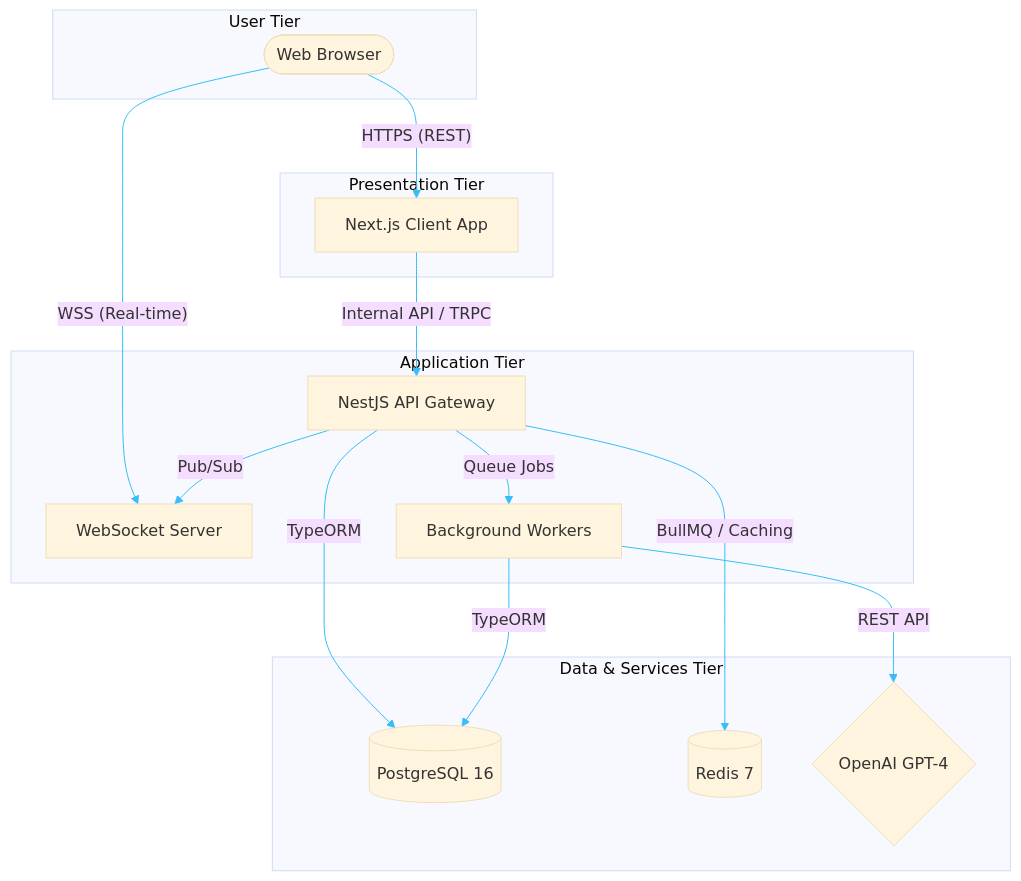
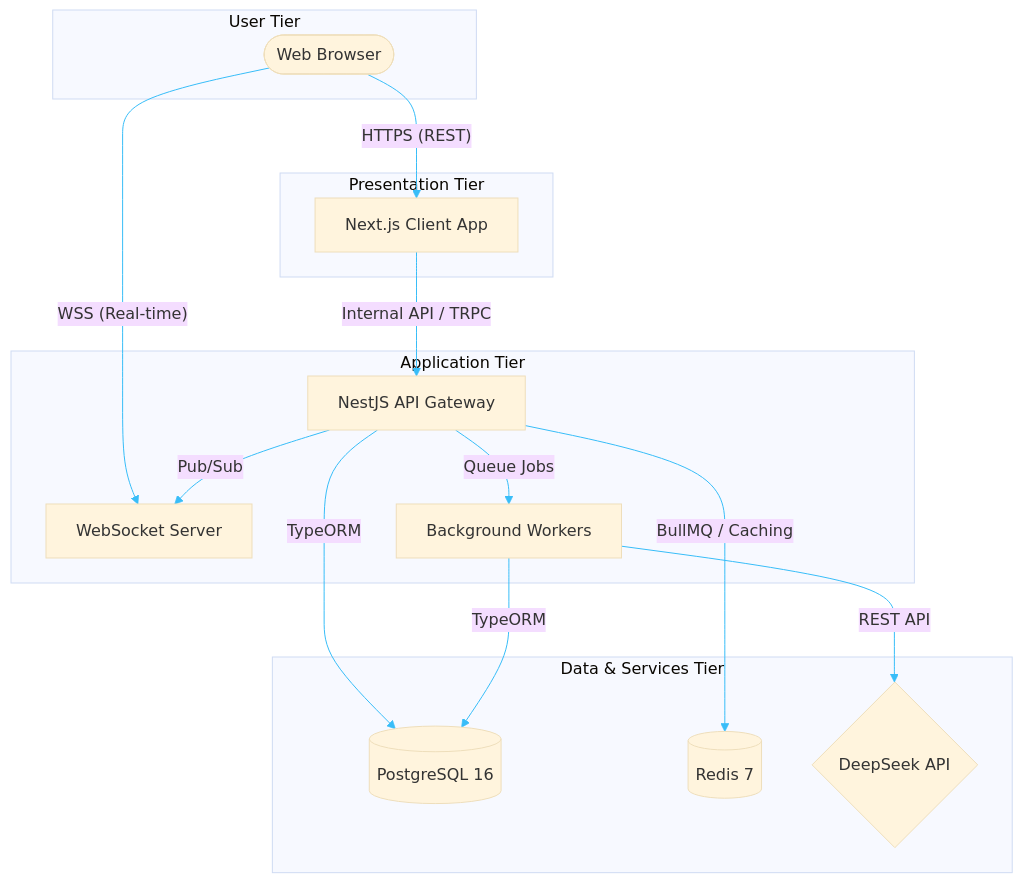
One commit to KhornMolika/assessment-service-documentation changed the first of 2 diagrams in 01-system-architecture.md. Above: the diagram before and after it, drawn with Mermaid.

Commit message:
Replace OpenAI GPT-4 with DeepSeek API

````diff
--- a/01-system-architecture.md
+++ b/01-system-architecture.md
@@ -9,36 +9,36 @@
 ```mermaid
 %%{init: { 'theme': 'base', 'themeVariables': { 'textColor': '#0ea5e9', 'lineColor': '#38bdf8' } } }%%
 flowchart TB
     subgraph User Tier
         Browser([Web Browser])
     end
 
     subgraph Presentation Tier
         Client[Next.js Client App]
     end
 
     subgraph Application Tier
         API[NestJS API Gateway]
         Sockets[WebSocket Server]
         Workers[Background Workers]
     end
 
     subgraph Data & Services Tier
         DB[(PostgreSQL 16)]
         Cache[(Redis 7)]
-        LLM{OpenAI GPT-4}
+        LLM{DeepSeek API}
     end
 
     Browser -- "HTTPS (REST)" --> Client
     Browser -- "WSS (Real-time)" --> Sockets
     
     Client -- "Internal API / TRPC" --> API
     API -- "Pub/Sub" --> Sockets
     API -- "Queue Jobs" --> Workers
     
     API -- "TypeORM" --> DB
     Workers -- "TypeORM" --> DB
     
     API -- "BullMQ / Caching" --> Cache
     Workers -- "REST API" --> LLM
 ```
````
